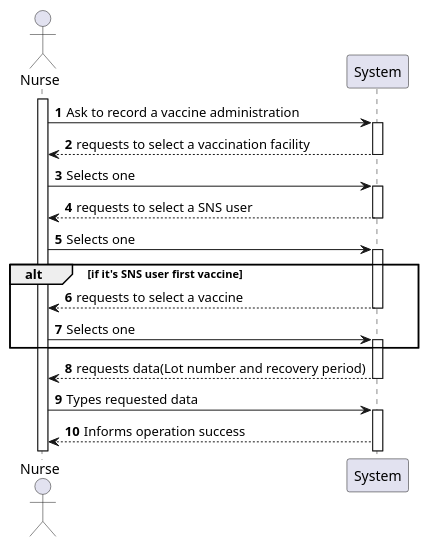
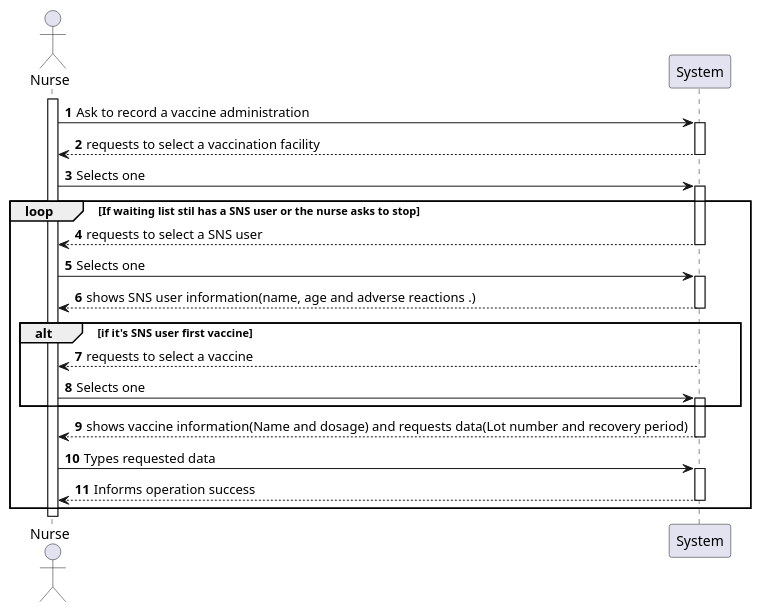
Before and after one commit to osnilas/SNSsystem: the diagram in docs/SprintD/US008/US008_SSD.puml, drawn with PlantUML. The commit also changed 7 other files, not shown here.

```diff
--- a/docs/SprintD/US008/US008_SSD.puml
+++ b/docs/SprintD/US008/US008_SSD.puml
@@ -1,36 +1,38 @@
 @startuml
 'https://plantuml.com/sequence-diagram
 
 autonumber
 
 actor "Nurse" as nurse
 activate nurse
 
 nurse-> System : Ask to record a vaccine administration
 activate System
 System--> nurse : requests to select a vaccination facility
 deactivate System
-
 nurse-> System : Selects one
 activate System
+loop If waiting list stil has a SNS user or the nurse asks to stop
 System--> nurse : requests to select a SNS user
 deactivate System
-
 nurse-> System : Selects one
 activate System
+System--> nurse : shows SNS user information(name, age and adverse reactions .)
+deactivate System
+
 alt if it's SNS user first vaccine
     System--> nurse : requests to select a vaccine
-    deactivate System
+
 
     nurse-> System : Selects one
     activate System
     end
 
-System--> nurse : requests data(Lot number and recovery period)
+System--> nurse : shows vaccine information(Name and dosage) and requests data(Lot number and recovery period)
 deactivate System
-
 nurse-> System : Types requested data
 activate System
 System--> nurse : Informs operation success
-
+deactivate System
+end
 @enduml
```
